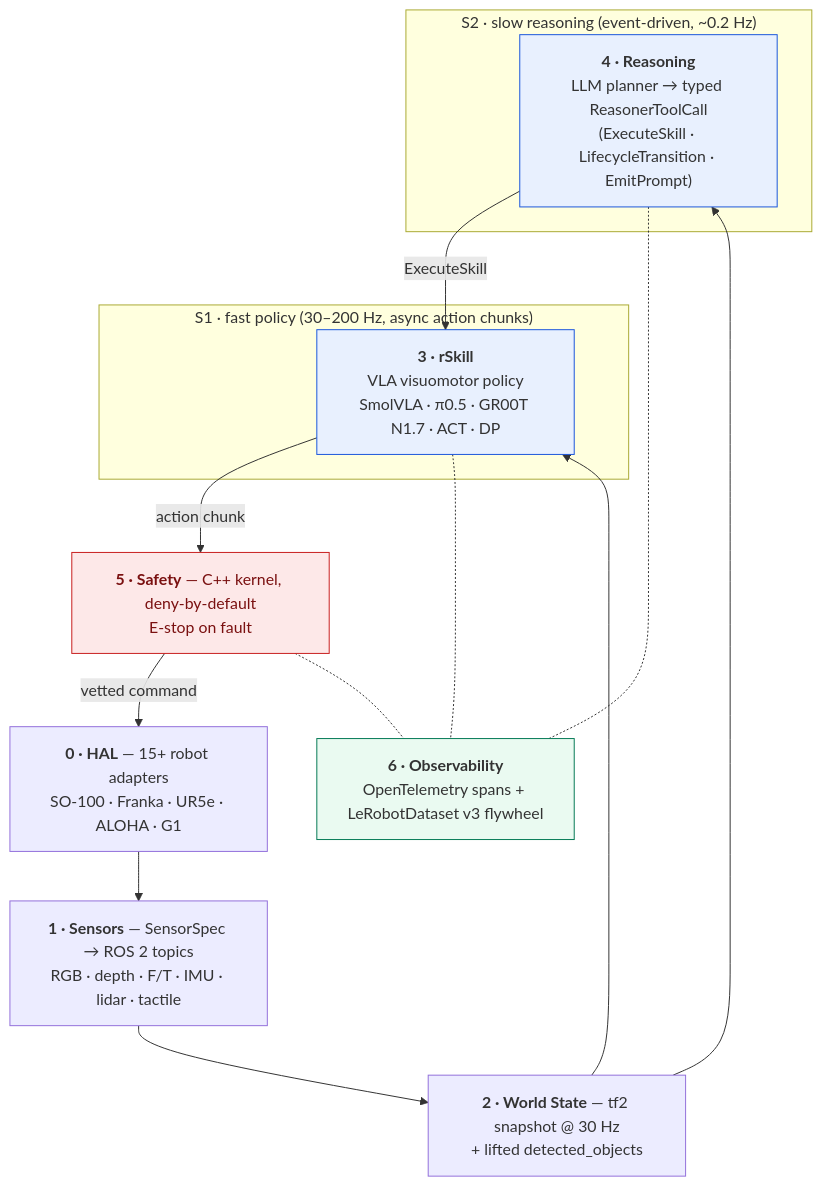
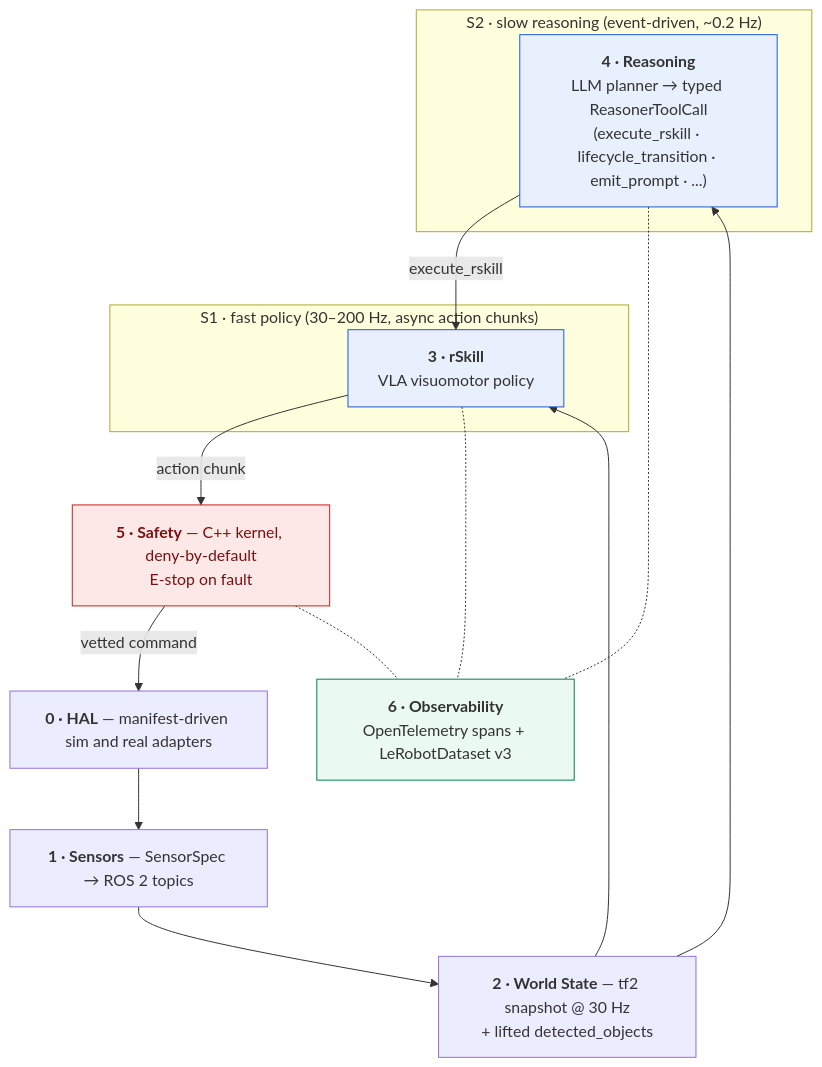
The diagram in README.md (OpenRAL/openral), drawn with Mermaid before and after one commit. The commit also changed other lines of this file and 70 other files, not shown here.

````diff
--- a/README.md
+++ b/README.md
@@ -253,34 +84,34 @@
 ```mermaid
 flowchart TB
     subgraph S2["S2 · slow reasoning (event-driven, ~0.2 Hz)"]
-        REASON["<b>4 · Reasoning</b><br/>LLM planner → typed ReasonerToolCall<br/>(ExecuteSkill · LifecycleTransition · EmitPrompt)"]
+        REASON["<b>4 · Reasoning</b><br/>LLM planner → typed ReasonerToolCall<br/>(execute_rskill · lifecycle_transition · emit_prompt · ...)"]
     end
 
     subgraph S1["S1 · fast policy (30–200 Hz, async action chunks)"]
-        RSKILL["<b>3 · rSkill</b><br/>VLA visuomotor policy<br/>SmolVLA · π0.5 · GR00T N1.7 · ACT · DP"]
+        RSKILL["<b>3 · rSkill</b><br/>VLA visuomotor policy"]
     end
 
-    HAL["<b>0 · HAL</b> — 15+ robot adapters<br/>SO-100 · Franka · UR5e · ALOHA · G1"]
-    SENSORS["<b>1 · Sensors</b> — SensorSpec → ROS 2 topics<br/>RGB · depth · F/T · IMU · lidar · tactile"]
+    HAL["<b>0 · HAL</b> — manifest-driven sim and real adapters"]
+    SENSORS["<b>1 · Sensors</b> — SensorSpec → ROS 2 topics"]
     WORLD["<b>2 · World State</b> — tf2 snapshot @ 30 Hz<br/>+ lifted detected_objects"]
     SAFETY["<b>5 · Safety</b> — C++ kernel, deny-by-default<br/>E-stop on fault"]
-    OBS["<b>6 · Observability</b><br/>OpenTelemetry spans + LeRobotDataset v3 flywheel"]
+    OBS["<b>6 · Observability</b><br/>OpenTelemetry spans + LeRobotDataset v3"]
 
     HAL --> SENSORS --> WORLD
     WORLD --> RSKILL
     WORLD --> REASON
-    REASON -- ExecuteSkill --> RSKILL
+    REASON -- execute_rskill --> RSKILL
     RSKILL -- action chunk --> SAFETY
     SAFETY -- vetted command --> HAL
 
     RSKILL -.- OBS
     REASON -.- OBS
     SAFETY -.- OBS
 
     classDef safety fill:#fde8e8,stroke:#c81e1e,color:#7a1010;
     classDef policy fill:#e8f0fe,stroke:#1a56db;
     classDef obs fill:#eafaf1,stroke:#057a55;
     class SAFETY safety;
     class RSKILL,REASON policy;
     class OBS obs;
 ```
````
